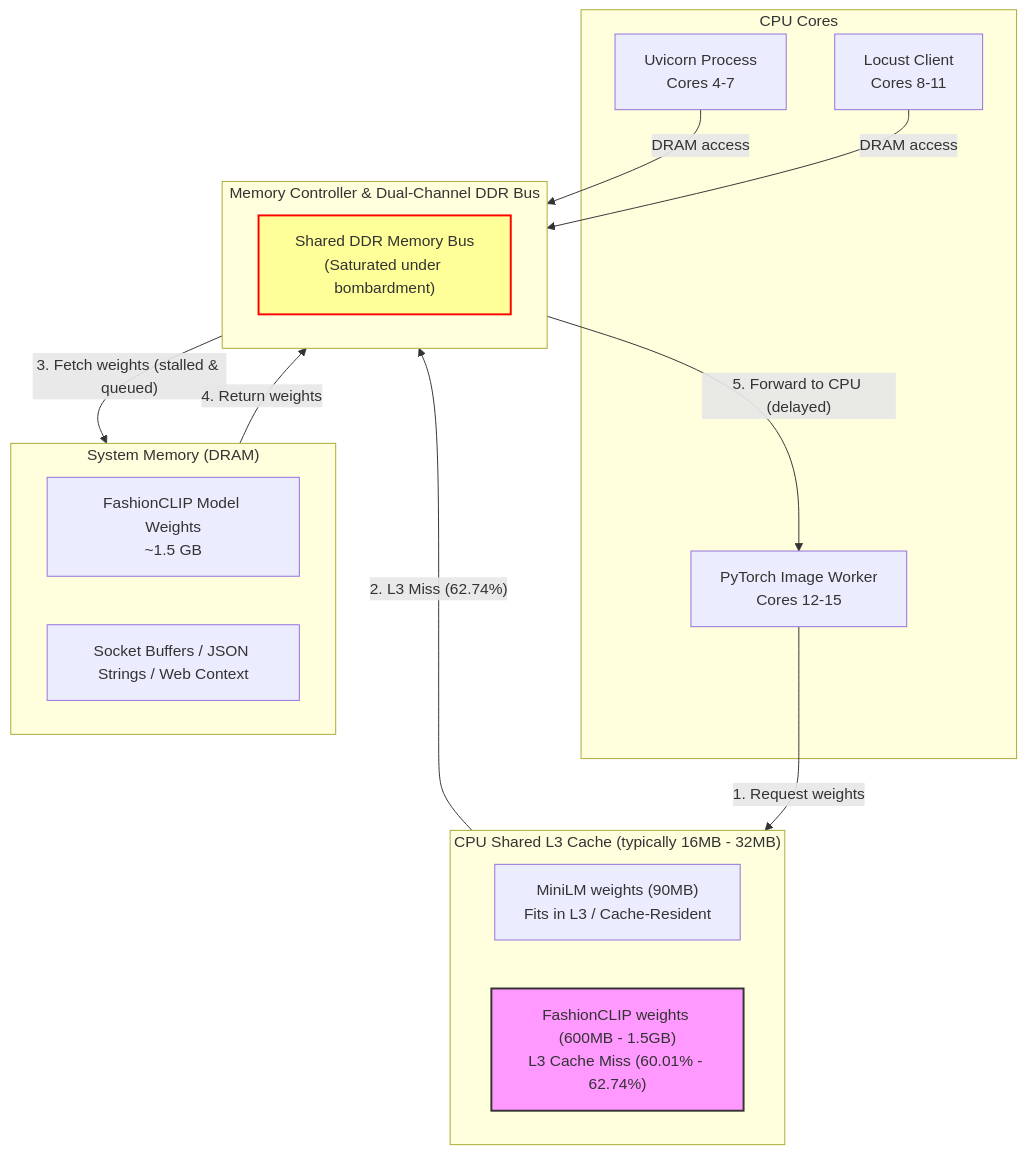
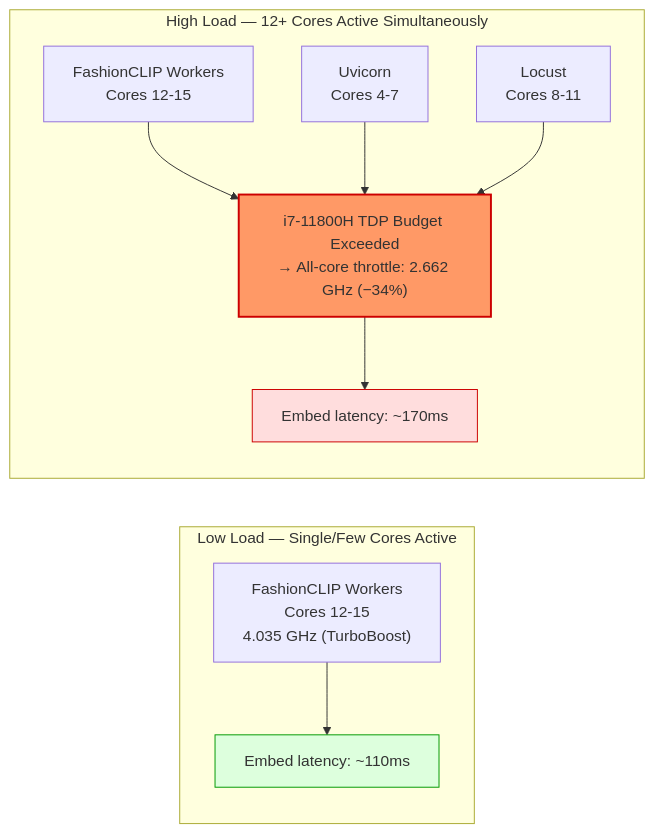
One commit to parthmh/fastapi_doc_rag changed the second of 2 diagrams in docs/fashion_clip_ingestion.md. Above: the diagram before and after it, drawn with Mermaid. The commit also changed other lines of this file and 1 other file, not shown here.

First line of the commit message:
docs: correct FashionCLIP latency spike root cause to TurboBoost TDP throttling

````diff
--- a/docs/fashion_clip_ingestion.md
+++ b/docs/fashion_clip_ingestion.md
@@ -153,34 +180,22 @@
 ```mermaid
-graph TD
-    subgraph CPU_Cores ["CPU Cores"]
-        Uvicorn[Uvicorn Process<br>Cores 4-7]
-        Locust[Locust Client<br>Cores 8-11]
-        PyTorch[PyTorch Image Worker<br>Cores 12-15]
+graph LR
+    subgraph LowLoad ["Low Load — Single/Few Cores Active"]
+        W1["FashionCLIP Workers\nCores 12-15\n4.035 GHz (TurboBoost)"]
+        L1["Embed latency: ~110ms"]
     end
 
-    subgraph L3_Cache ["CPU Shared L3 Cache (typically 16MB - 32MB)"]
-        MiniLM["MiniLM weights (90MB)<br>Fits in L3 / Cache-Resident"]
-        FashionCLIP_Miss["FashionCLIP weights (600MB - 1.5GB)<br>L3 Cache Miss (60.01% - 62.74%)"]
+    subgraph HighLoad ["High Load — 12+ Cores Active Simultaneously"]
+        W2["FashionCLIP Workers\nCores 12-15"]
+        U2["Uvicorn\nCores 4-7"]
+        Lk2["Locust\nCores 8-11"]
+        TDP["i7-11800H TDP Budget Exceeded\n→ All-core throttle: 2.662 GHz (−34%)"]
+        L2["Embed latency: ~170ms"]
     end
 
-    subgraph DRAM ["System Memory (DRAM)"]
-        DRAM_Weights["FashionCLIP Model Weights<br>~1.5 GB"]
-        DRAM_IO["Socket Buffers / JSON Strings / Web Context"]
-    end
+    W1 --> L1
+    W2 & U2 & Lk2 --> TDP --> L2
 
-    subgraph Memory_Controller ["Memory Controller & Dual-Channel DDR Bus"]
-        Bus["Shared DDR Memory Bus<br>(Saturated under bombardment)"]
-    end
-
-    PyTorch -->|1. Request weights| L3_Cache
-    L3_Cache -->|"2. L3 Miss (62.74%)"| Memory_Controller
-    Uvicorn -->|DRAM access| Memory_Controller
-    Locust -->|DRAM access| Memory_Controller
-    
-    Memory_Controller -->|"3. Fetch weights (stalled & queued)"| DRAM
-    DRAM -->|4. Return weights| Memory_Controller
-    Memory_Controller -->|"5. Forward to CPU (delayed)"| PyTorch
-
-    style FashionCLIP_Miss fill:#f9f,stroke:#333,stroke-width:2px
-    style Bus fill:#ff9,stroke:#f00,stroke-width:2px
+    style TDP fill:#f96,stroke:#c00,stroke-width:2px
+    style L2 fill:#fdd,stroke:#c00
+    style L1 fill:#dfd,stroke:#090
 ```
````
